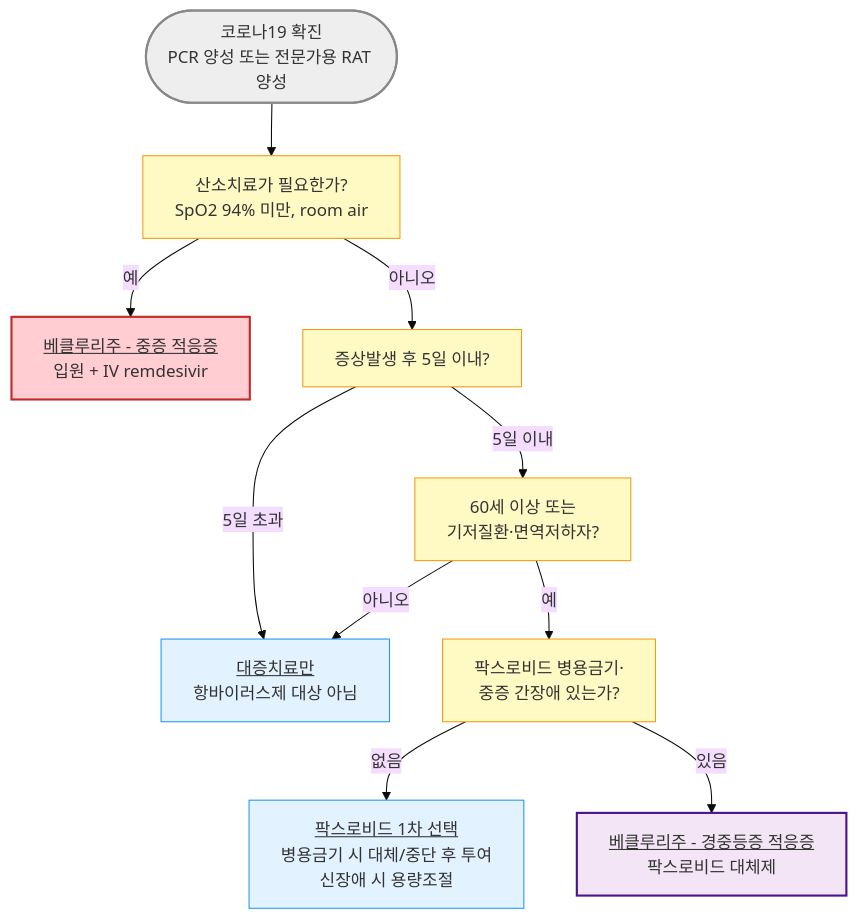
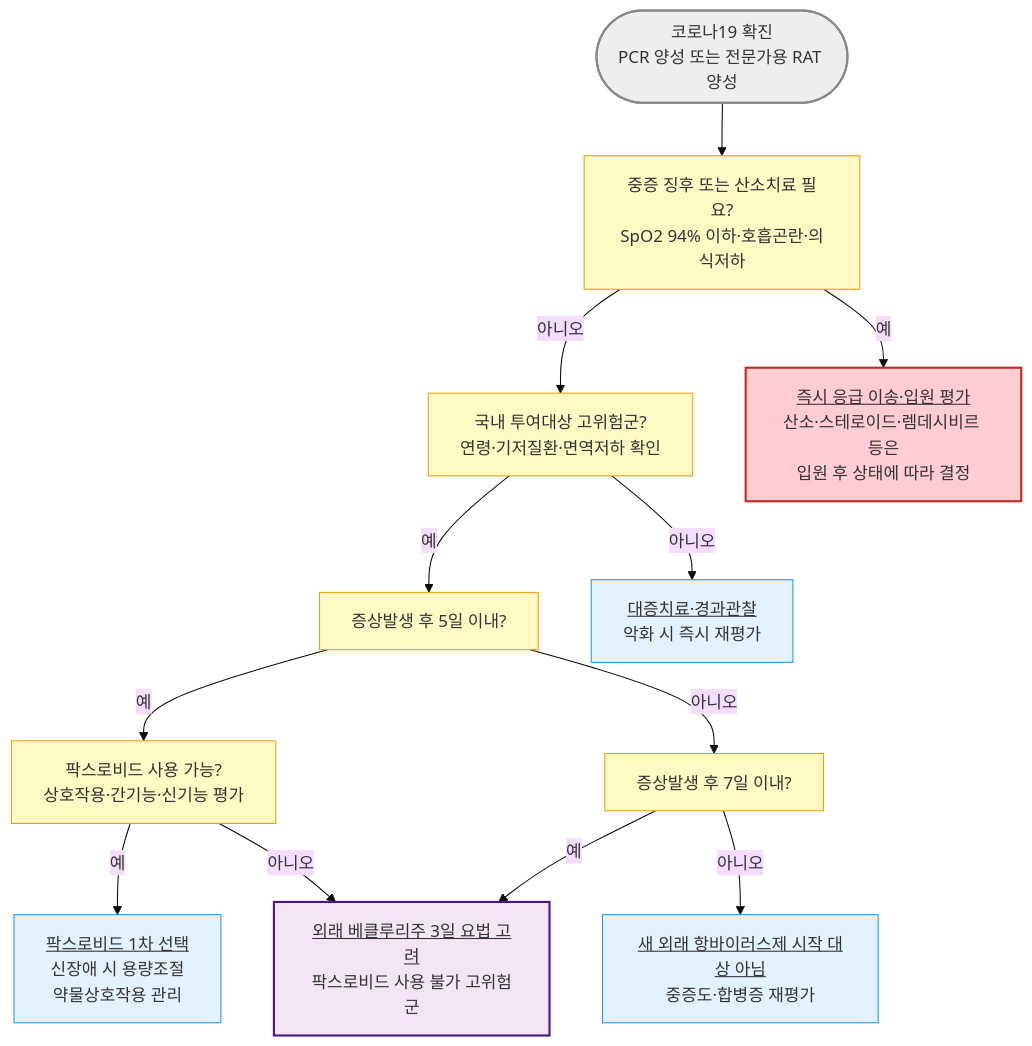
Before and after one commit to familyoh77/familyoh77: the diagram in 223_/070_1_-covid-19.md, drawn with Mermaid (base theme). The commit also changed other lines of this file, not shown here.

````diff
--- a/223_/070_1_-covid-19.md
+++ b/223_/070_1_-covid-19.md
@@ -97,32 +119,36 @@
 ```mermaid
 graph TD
     Start([코로나19 확진<br/>PCR 양성 또는 전문가용 RAT 양성])
 
-    Q1[산소치료가 필요한가?<br/>SpO2 94% 미만, room air]
-    Q2[증상발생 후 5일 이내?]
-    Q3[60세 이상 또는<br/>기저질환·면역저하자?]
-    Q4[팍스로비드 병용금기·<br/>중증 간장애 있는가?]
+    Q1["중증 징후 또는 산소치료 필요?<br/>SpO2 94% 이하·호흡곤란·의식저하"]
+    Q2["국내 투여대상 고위험군?<br/>연령·기저질환·면역저하 확인"]
+    Q3[증상발생 후 5일 이내?]
+    Q4["팍스로비드 사용 가능?<br/>상호작용·간기능·신기능 평가"]
+    Q5[증상발생 후 7일 이내?]
 
-    R1["<u>베클루리주 - 중증 적응증</u><br/>입원 + IV remdesivir"]
-    R2["<u>대증치료만</u><br/>항바이러스제 대상 아님"]
-    R3["<u>팍스로비드 1차 선택</u><br/>병용금기 시 대체/중단 후 투여<br/>신장애 시 용량조절"]
-    R4["<u>베클루리주 - 경중등증 적응증</u><br/>팍스로비드 대체제"]
+    R1["<u>즉시 응급 이송·입원 평가</u><br/>산소·스테로이드·렘데시비르 등은<br/>입원 후 상태에 따라 결정"]
+    R2["<u>대증치료·경과관찰</u><br/>악화 시 즉시 재평가"]
+    R3["<u>팍스로비드 1차 선택</u><br/>신장애 시 용량조절<br/>약물상호작용 관리"]
+    R4["<u>외래 베클루리주 3일 요법 고려</u><br/>팍스로비드 사용 불가 고위험군"]
+    R5["<u>새 외래 항바이러스제 시작 대상 아님</u><br/>중증도·합병증 재평가"]
 
     Start --> Q1
     Q1 -- 예 --> R1
     Q1 -- 아니오 --> Q2
-    Q2 -- 5일 초과 --> R2
-    Q2 -- 5일 이내 --> Q3
-    Q3 -- 아니오 --> R2
+    Q2 -- 아니오 --> R2
+    Q2 -- 예 --> Q3
     Q3 -- 예 --> Q4
-    Q4 -- 없음 --> R3
-    Q4 -- 있음 --> R4
+    Q4 -- 예 --> R3
+    Q4 -- 아니오 --> R4
+    Q3 -- 아니오 --> Q5
+    Q5 -- 예 --> R4
+    Q5 -- 아니오 --> R5
 
     style Start fill:#eeeeee,stroke:#888888,stroke-width:2px
 classDef yellow fill:#fff9c4,stroke:#f39c12
-class Q1,Q2,Q3,Q4 yellow
+class Q1,Q2,Q3,Q4,Q5 yellow
 classDef sky fill:#e3f2ff,stroke:#2196f3
-class R2,R3 sky
+class R2,R3,R5 sky
     style R1 fill:#ffcdd2,stroke:#c62828,stroke-width:2px
     style R4 fill:#f3e5f5,stroke:#4a148c,stroke-width:2px
 ```
````
